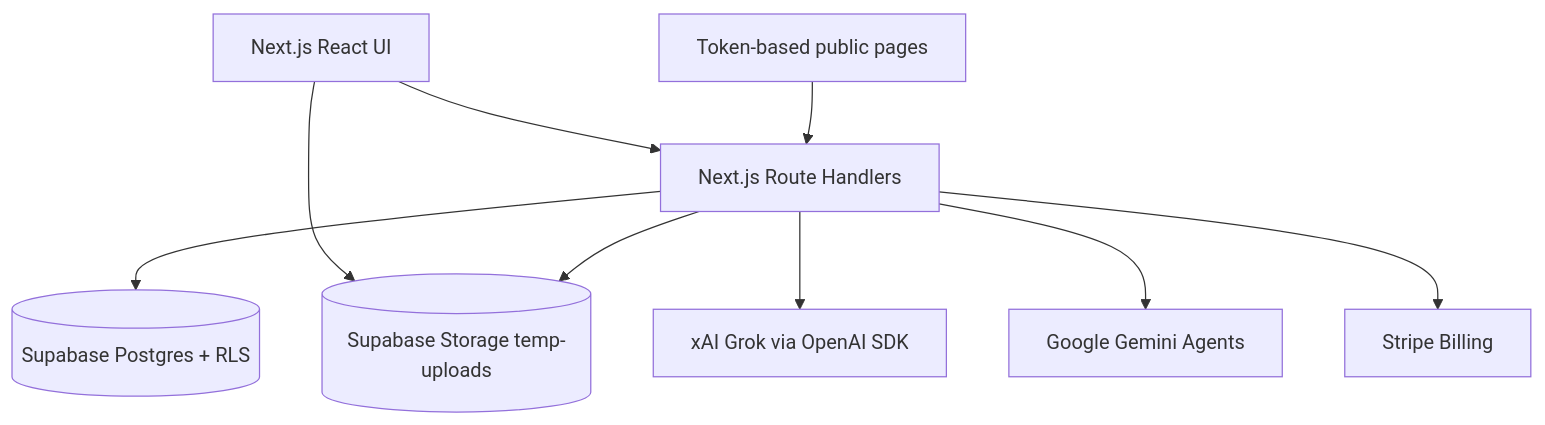
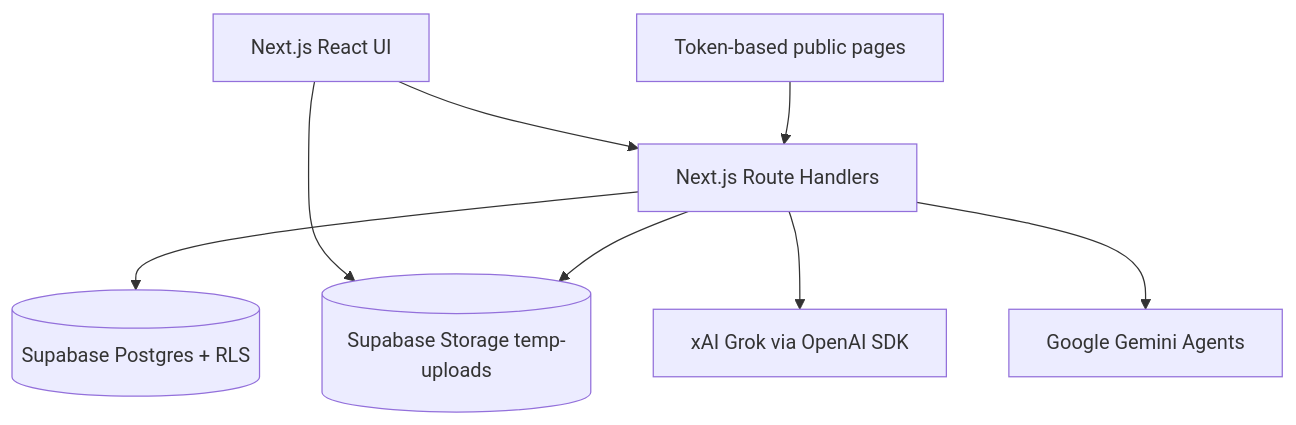
The third of 3 diagrams in README.md (Metdez/Drennen-Software), drawn with Mermaid before and after one commit. The commit also changed other lines of this file and 12 other files, not shown here.

````diff
--- a/README.md
+++ b/README.md
@@ -80,11 +79,10 @@
 ```mermaid
 flowchart TB
     UI[Next.js React UI] --> API[Next.js Route Handlers]
     API --> DB[(Supabase Postgres + RLS)]
     UI --> Storage[(Supabase Storage temp-uploads)]
     API --> Storage
     API --> XAI[xAI Grok via OpenAI SDK]
     API --> Gemini[Google Gemini Agents]
-    API --> Stripe[Stripe Billing]
     Public[Token-based public pages] --> API
 ```
````
